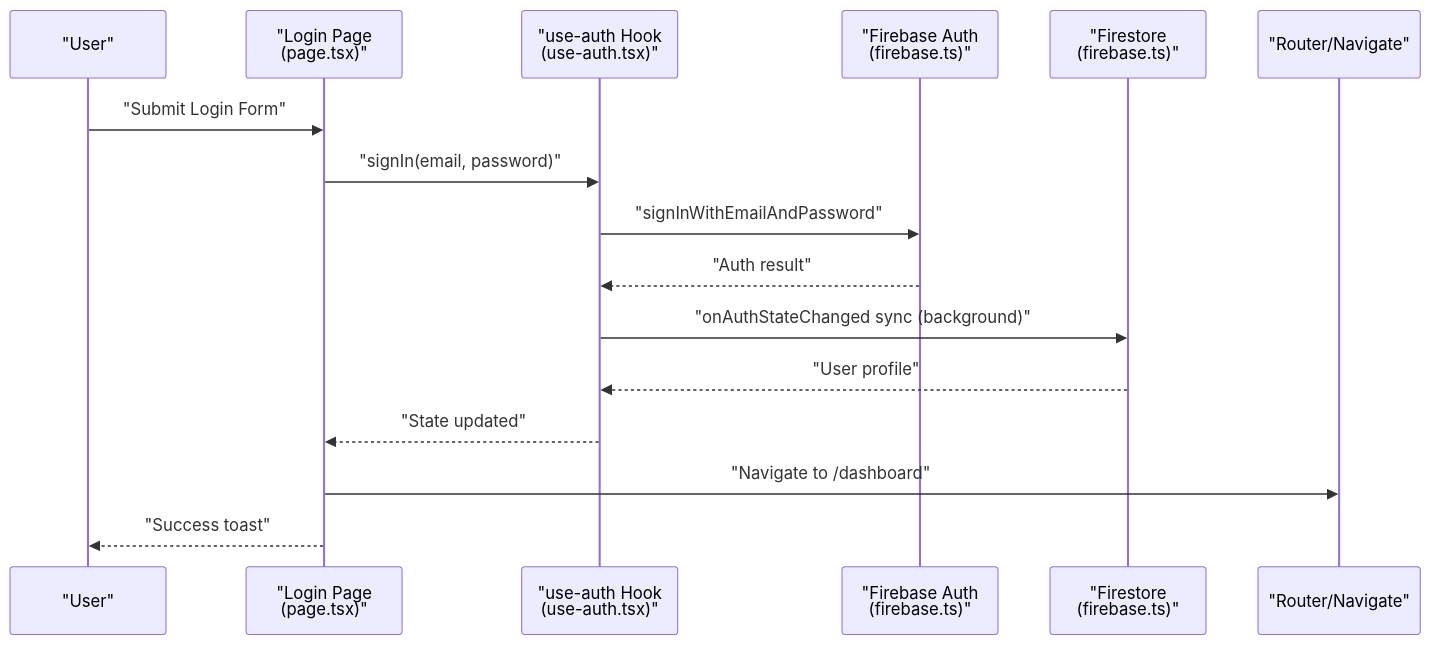
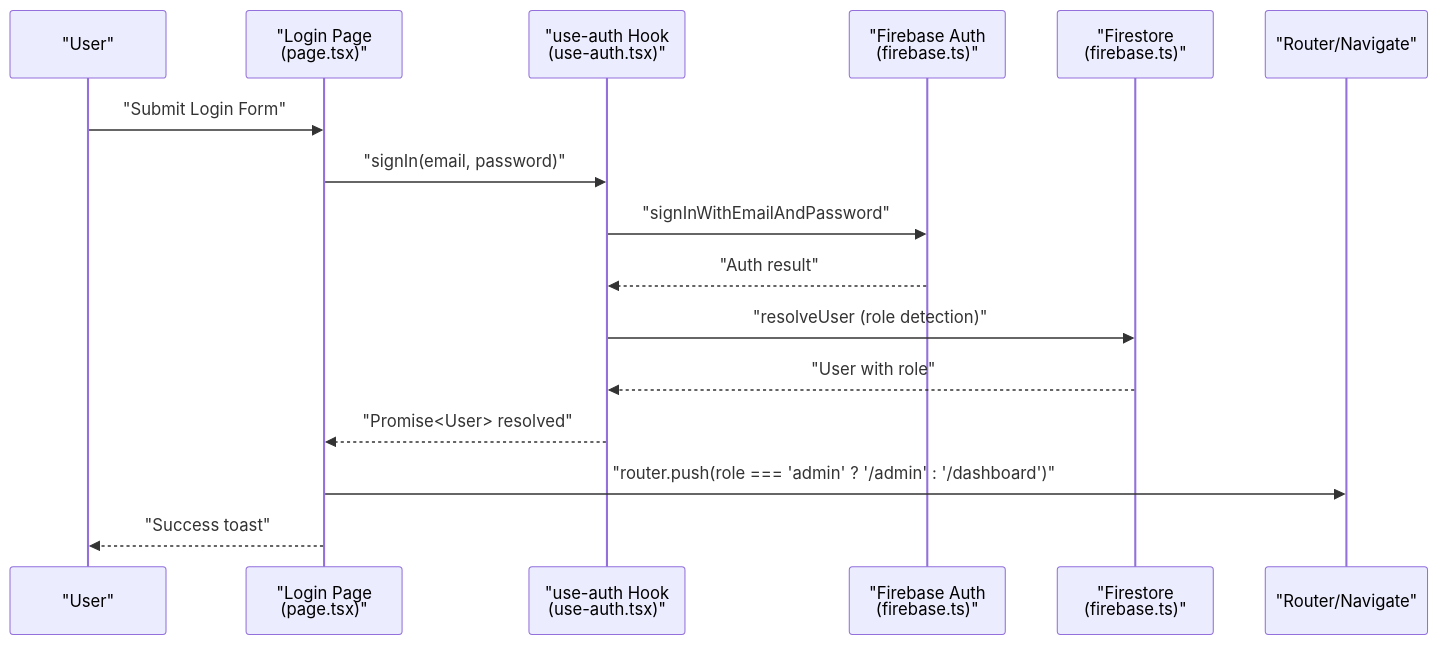
The second of 4 diagrams in .qoder/repowiki/en/content/Authentication System/Authentication UI Components.md (alikizang/datafrica), drawn with Mermaid before and after one commit. The commit also changed other lines of this file and 21 other files, not shown here.

````diff
--- a/.qoder/repowiki/en/content/Authentication System/Authentication UI Components.md
+++ b/.qoder/repowiki/en/content/Authentication System/Authentication UI Components.md
@@ -148,18 +156,18 @@
 ```mermaid
 sequenceDiagram
 participant U as "User"
 participant LP as "Login Page<br/>(page.tsx)"
 participant UA as "use-auth Hook<br/>(use-auth.tsx)"
 participant FA as "Firebase Auth<br/>(firebase.ts)"
 participant FD as "Firestore<br/>(firebase.ts)"
 participant NAV as "Router/Navigate"
 U->>LP : "Submit Login Form"
 LP->>UA : "signIn(email, password)"
 UA->>FA : "signInWithEmailAndPassword"
 FA-->>UA : "Auth result"
-UA->>FD : "onAuthStateChanged sync (background)"
-FD-->>UA : "User profile"
-UA-->>LP : "State updated"
-LP->>NAV : "Navigate to /dashboard"
+UA->>FD : "resolveUser (role detection)"
+FD-->>UA : "User with role"
+UA-->>LP : "Promise<User> resolved"
+LP->>NAV : "router.push(role === 'admin' ? '/admin' : '/dashboard')"
 LP-->>U : "Success toast"
 ```
````
